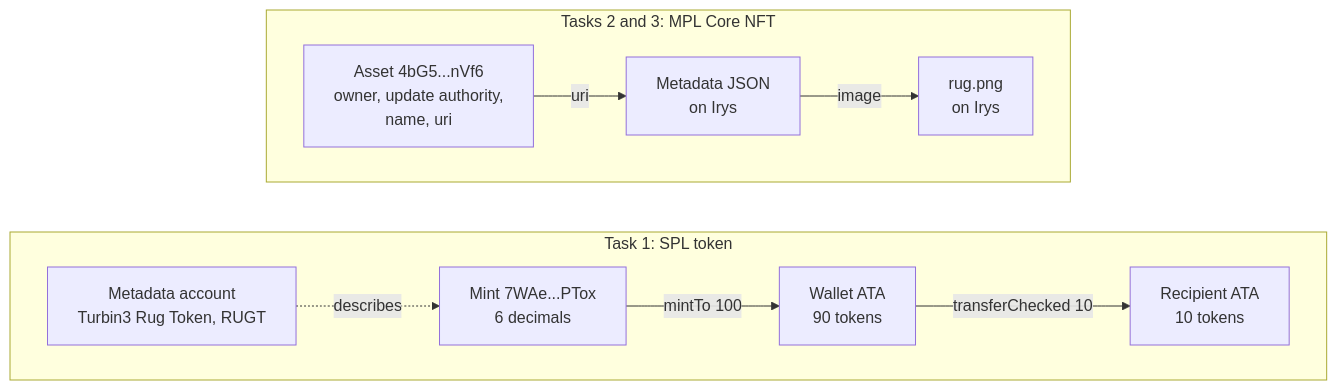
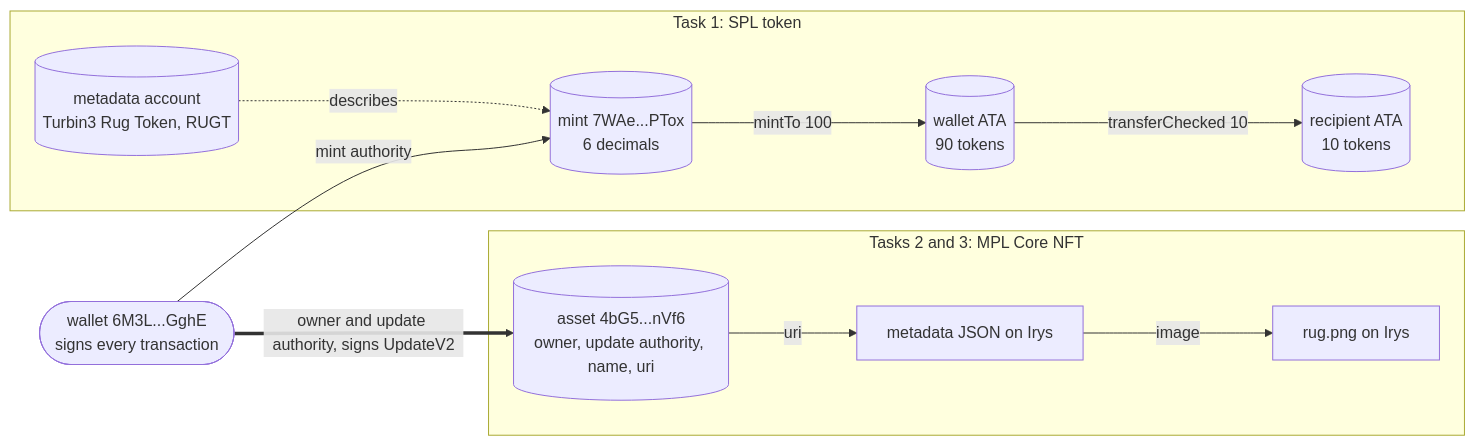
The diagram in README.md (nada-r/spl-nft-q426), drawn with Mermaid before and after one commit.

Commit message:
Fix the README diagram so that GitHub renders it
GitHub showed "Unable to render rich display". The diagram now uses the same syntax as the working diagram in the vault repo: labels on the arrows with -->|"label"| and no direction line inside a subgraph.

````diff
--- a/README.md
+++ b/README.md
@@ -24,21 +24,25 @@
 ```mermaid
 flowchart LR
-  subgraph spl["Task 1: SPL token"]
-    direction LR
-    meta["Metadata account<br/>Turbin3 Rug Token, RUGT"]
-    mint["Mint 7WAe...PTox<br/>6 decimals"]
-    wata["Wallet ATA<br/>90 tokens"]
-    rata["Recipient ATA<br/>10 tokens"]
-    meta -. describes .-> mint
-    mint -- "mintTo 100" --> wata
-    wata -- "transferChecked 10" --> rata
-  end
-  subgraph core["Tasks 2 and 3: MPL Core NFT"]
-    direction LR
-    asset["Asset 4bG5...nVf6<br/>owner, update authority,<br/>name, uri"]
-    json["Metadata JSON<br/>on Irys"]
-    png["rug.png<br/>on Irys"]
-    asset -- uri --> json
-    json -- image --> png
-  end
+    wallet(["wallet 6M3L...GghE<br/>signs every transaction"])
+
+    subgraph task1["Task 1: SPL token"]
+        tmeta[("metadata account<br/>Turbin3 Rug Token, RUGT")]
+        tmint[("mint 7WAe...PTox<br/>6 decimals")]
+        wata[("wallet ATA<br/>90 tokens")]
+        rata[("recipient ATA<br/>10 tokens")]
+    end
+
+    subgraph task23["Tasks 2 and 3: MPL Core NFT"]
+        asset[("asset 4bG5...nVf6<br/>owner, update authority, name, uri")]
+        jsonfile["metadata JSON on Irys"]
+        pngfile["rug.png on Irys"]
+    end
+
+    wallet -->|"mint authority"| tmint
+    tmeta -.->|"describes"| tmint
+    tmint -->|"mintTo 100"| wata
+    wata -->|"transferChecked 10"| rata
+    wallet ==>|"owner and update authority, signs UpdateV2"| asset
+    asset -->|"uri"| jsonfile
+    jsonfile -->|"image"| pngfile
 ```
````
